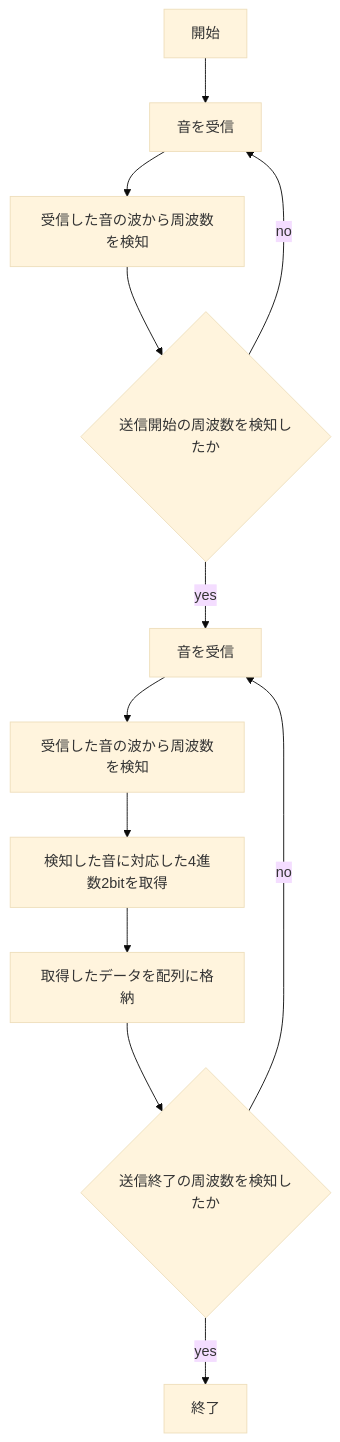
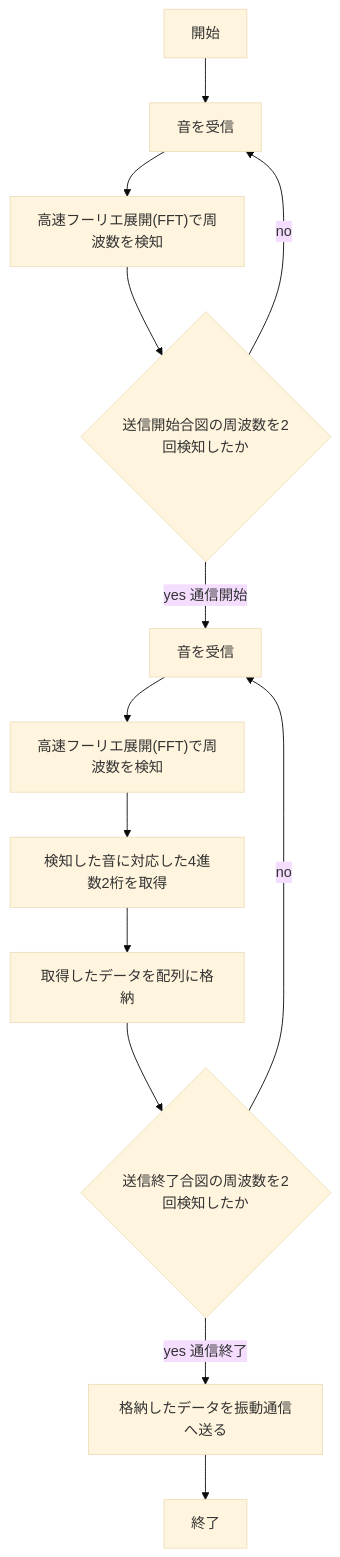
Before and after one commit to kanayuu0404/hakkason: the first of 3 diagrams in README.md, drawn with Mermaid (base theme). The commit also changed other lines of this file and 1 other file, not shown here.

````diff
--- a/README.md
+++ b/README.md
@@ -3,26 +3,28 @@
 ```mermaid
 flowchart TD;
 
 start["開始"];
 end1["終了"]
 jyusinn["音を受信"]
 jyusinn2["音を受信"]
-syuuha["受信した音の波から周波数を検知"]
-syuuha2["受信した音の波から周波数を検知"]
-if1{"送信開始の周波数を検知したか"}
-syutoku["検知した音に対応した4進数2bitを取得"]
+syuuha["高速フーリエ展開(FFT)で周波数を検知"]
+syuuha2["高速フーリエ展開(FFT)で周波数を検知"]
+if1{"送信開始合図の周波数を2回検知したか"}
+syutoku["検知した音に対応した4進数2桁を取得"]
 kakuno["取得したデータを配列に格納"]
-if2{"送信終了の周波数を検知したか"}
+if2{"送信終了合図の周波数を2回検知したか"}
+sindou["格納したデータを振動通信へ送る"]
 
 start --> jyusinn
 jyusinn --> syuuha
 syuuha --> if1
-if1 -->|yes| jyusinn2
+if1 -->|yes 通信開始| jyusinn2
 if1 -->|no| jyusinn
 jyusinn2 --> syuuha2
 syuuha2 --> syutoku
 syutoku --> kakuno
 kakuno --> if2
-if2 -->|yes| end1
+if2 -->|yes 通信終了| sindou
 if2 -->|no| jyusinn2
+sindou --> end1
 ```
````
